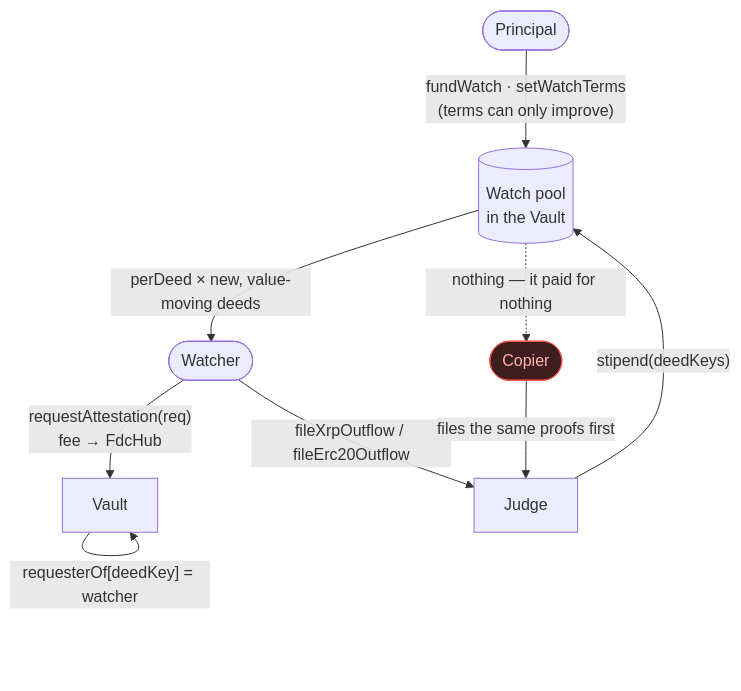
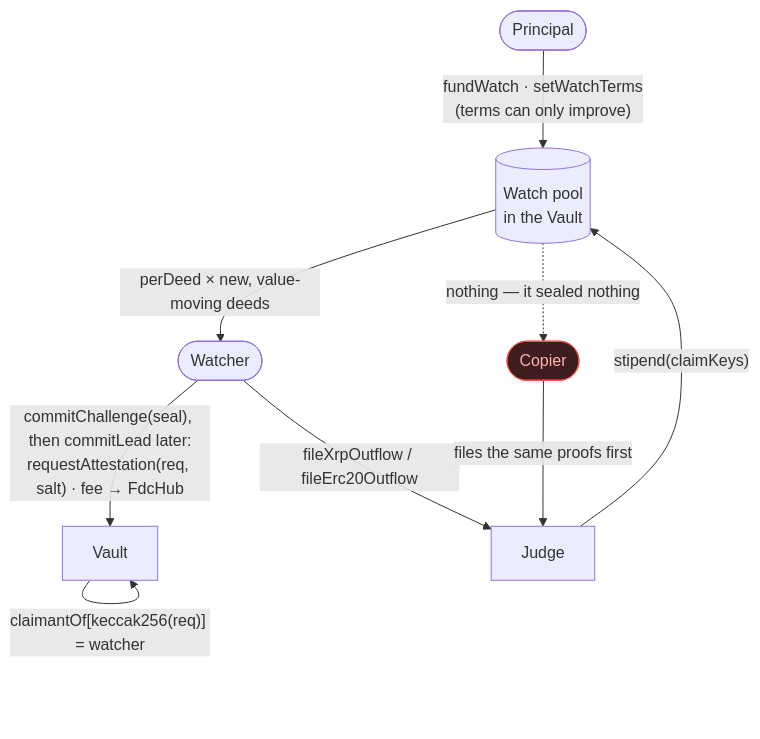
Before and after one commit to dziuba0x/delicti: the seventh of 10 diagrams in README.md, drawn with Mermaid. The commit also changed other lines of this file and 12 other files, not shown here.

````diff
--- a/README.md
+++ b/README.md
@@ -269,12 +271,12 @@
 ```mermaid
 flowchart TB
     P([Principal]) -- "fundWatch · setWatchTerms<br/>(terms can only improve)" --> POOL[(Watch pool<br/>in the Vault)]
-    WT([Watcher]) -- "requestAttestation(req)<br/>fee → FdcHub" --> V[Vault]
-    V -- "requesterOf[deedKey] = watcher" --> V
+    WT([Watcher]) -- "commitChallenge(seal), then commitLead later:<br/>requestAttestation(req, salt) · fee → FdcHub" --> V[Vault]
+    V -- "claimantOf[keccak256(req)] = watcher" --> V
     WT -- "fileXrpOutflow / fileErc20Outflow" --> J[Judge]
     CP([Copier]):::bad -- "files the same proofs first" --> J
-    J -- "stipend(deedKeys)" --> POOL
+    J -- "stipend(claimKeys)" --> POOL
     POOL -- "perDeed × new, value-moving deeds" --> WT
-    POOL -. "nothing — it paid for nothing" .-> CP
+    POOL -. "nothing — it sealed nothing" .-> CP
     classDef bad fill:#3d1d1d,stroke:#f85149,color:#ffb3ad
 ```
````
